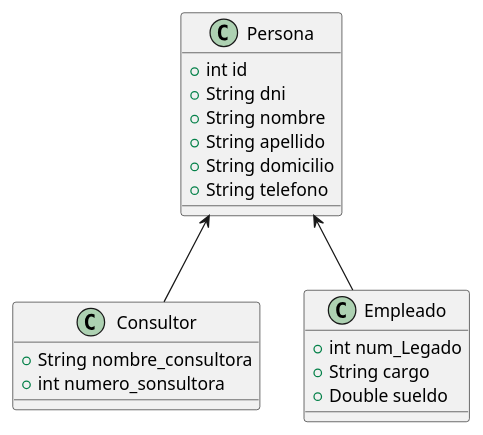
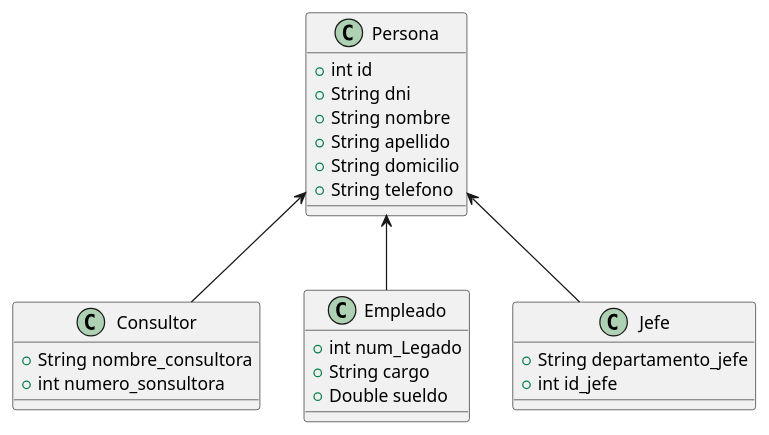
Before and after one commit to Sara-Moreno-Andrade/Practicas: the diagram in imagenes/cinema.puml, drawn with PlantUML. The commit also changed 6 other files, not shown here.

```diff
--- a/imagenes/cinema.puml
+++ b/imagenes/cinema.puml
@@ -1,26 +1,34 @@
 @startuml
 class Persona {
   + int id
   + String dni
   + String nombre
   + String apellido
   + String domicilio
   + String telefono
 }
 
 class Consultor {
   + String nombre_consultora
   + int numero_sonsultora 
 }
 
 class Empleado {
   + int num_Legado
   + String cargo 
   + Double sueldo
 }
 
+class Jefe {
+  + String departamento_jefe
+  + int id_jefe
+}
+
+
+
 Persona <-- Empleado
 Persona <-- Consultor
+Persona <-- Jefe
 
 
 @enduml
```
